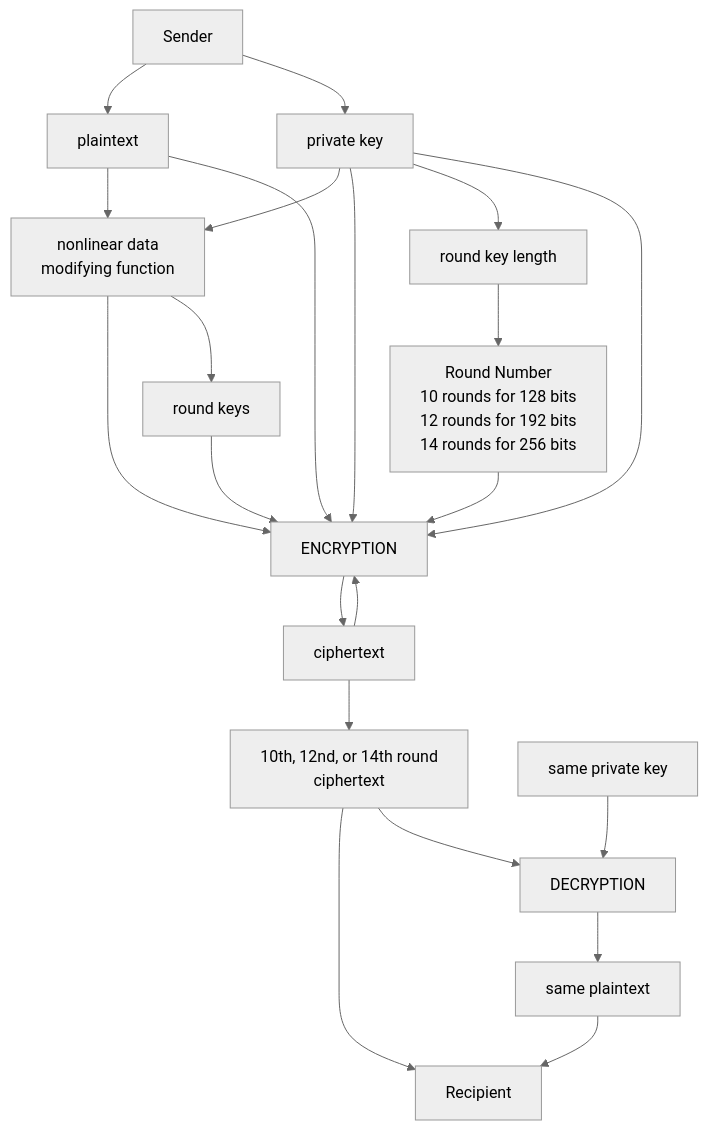
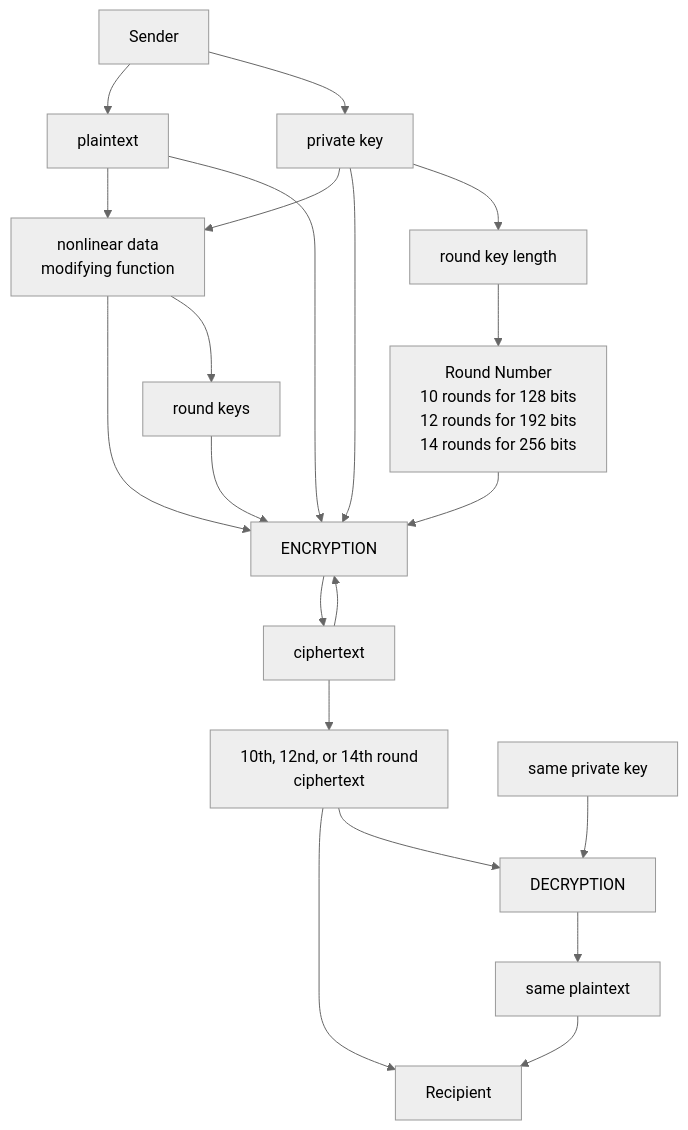
One commit to Kietpawpan/encryption changed the diagram in README.md. Above: the diagram before and after it, drawn with Mermaid (neutral theme).

````diff
--- a/README.md
+++ b/README.md
@@ -5,15 +5,15 @@
 ```mermaid
 flowchart TD
     A[Sender] --> B[plaintext]-->FC
     C[private key]-->FC-->D[ENCRYPTION]-->E[ciphertext]-->D
     E-->FN[10th, 12nd, or 14th round\nciphertext]-->F[Recipient]
     C2[same private key]-->G[DECRYPTION]-->I[same plaintext]-->F
      FN-->G
 A-->C-->D
 RK[round keys]-->D
 C-->RKL[round key length]-->RN[Round Number\n10 rounds for 128 bits\n12 rounds for 192 bits\n14 rounds for 256 bits]-->D
 FC[nonlinear data \nmodifying function]
 FC-->RK
 B-->D
-C-->D
+
 ```
````
